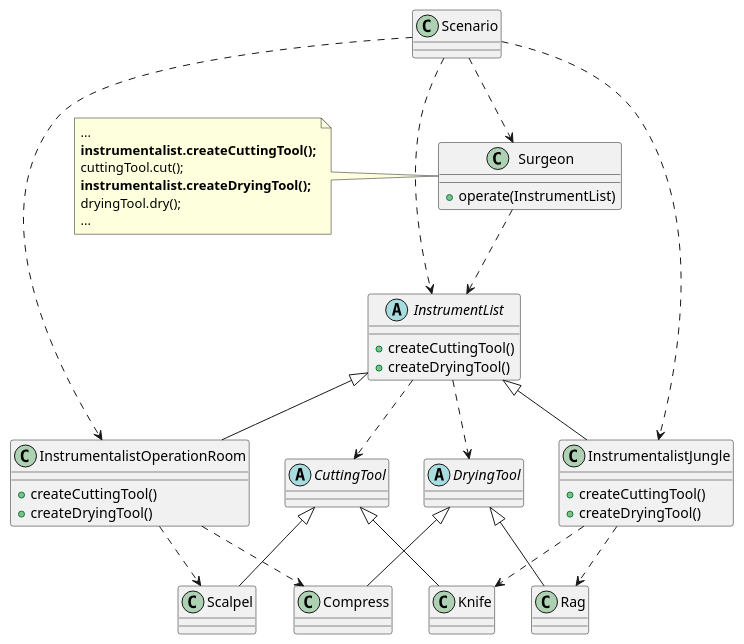
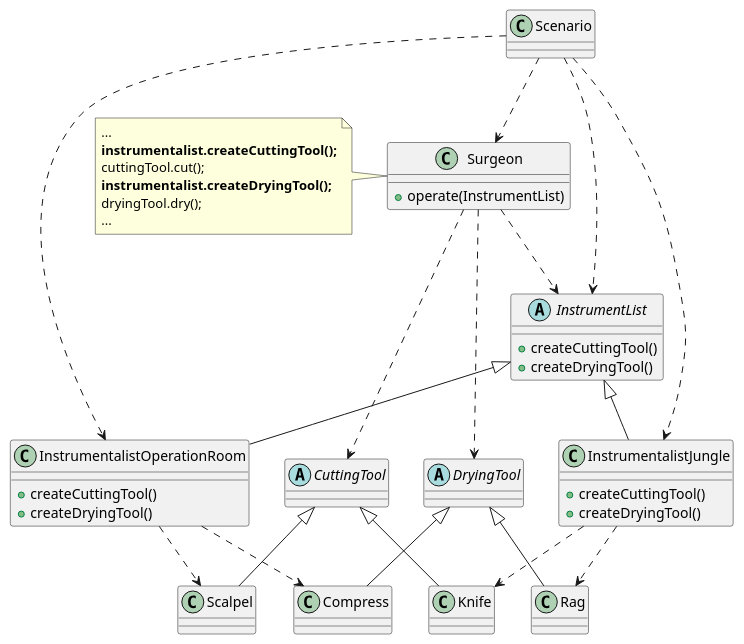
The diagram in uml/creational/AbstractFactory.md (JordyPiedra/patterns-master), drawn with PlantUML before and after one commit.

Commit message:
Refactor

```diff
--- a/uml/creational/AbstractFactory.md
+++ b/uml/creational/AbstractFactory.md
@@ -1,66 +1,67 @@
 @startuml AbstractFactory
 
 class Scenario
 class Surgeon {
   +operate(InstrumentList)
 }
 note left 
 ...
 <b>instrumentalist.createCuttingTool();</b>
 cuttingTool.cut();
 <b>instrumentalist.createDryingTool();</b>
 dryingTool.dry();
 ...
 end note
 
 abstract class InstrumentList {
   +createCuttingTool()
   +createDryingTool()
 }
 
 
 Scenario .down.> Surgeon
 
+Surgeon .down.> CuttingTool
+Surgeon .down.> DryingTool
+
+
 Surgeon .down.> InstrumentList
 Scenario .down.> InstrumentList
 
 Scenario .down.> InstrumentalistOperationRoom
 Scenario .down.> InstrumentalistJungle
 
 
 abstract class CuttingTool
 abstract class DryingTool
 
 CuttingTool <|-down- Scalpel 
 CuttingTool <|-down- Knife
 
 DryingTool <|-down- Compress 
 DryingTool <|-down- Rag
-
-InstrumentList .down.> CuttingTool
-InstrumentList .down.> DryingTool
 
 
 class InstrumentalistOperationRoom {
   +createCuttingTool()
   +createDryingTool()
 }
 
 class InstrumentalistJungle{
   +createCuttingTool()
   +createDryingTool()
 }
 
 InstrumentList <|-down- InstrumentalistOperationRoom
 InstrumentalistOperationRoom .down.> Scalpel
 InstrumentalistOperationRoom .down.> Compress
 
 InstrumentList <|-down- InstrumentalistJungle
 
 
 InstrumentalistJungle .down.> Knife
 InstrumentalistJungle .down.> Rag
 
 
 
 @enduml
```
